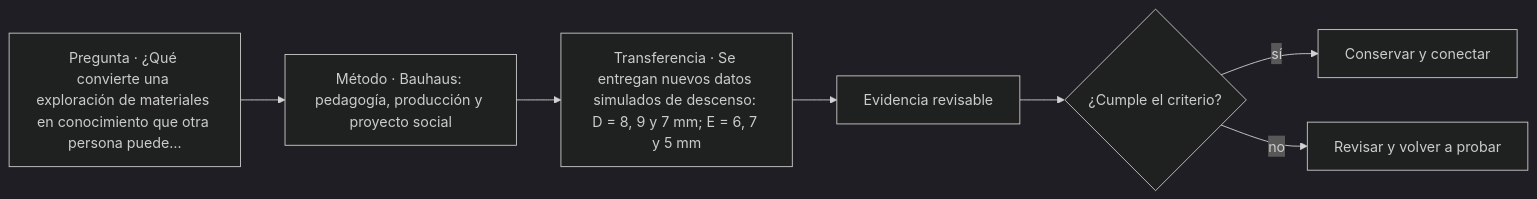
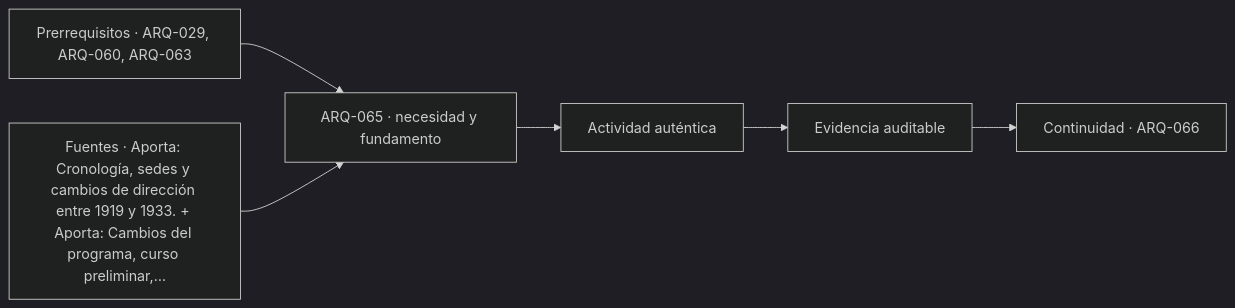
The diagram in classes/parte-07/ARQ-065.md (vladimiracunadev-create/architecture-built-environment-learning-program), drawn with Mermaid (dark theme) before and after one commit. The commit also changed other lines of this file and 761 other files, not shown here.

````diff
--- a/classes/parte-07/ARQ-065.md
+++ b/classes/parte-07/ARQ-065.md
@@ -149,9 +161,8 @@
 ```mermaid
 flowchart LR
-    Q["Pregunta · ¿Qué convierte una exploración de materiales en conocimiento que otra persona puede…"] --> M["Método · Bauhaus: pedagogía, producción y proyecto social"]
-    M --> P["Transferencia · Se entregan nuevos datos simulados de descenso: D = 8, 9 y 7 mm; E = 6, 7 y 5 mm"]
-    P --> E["Evidencia revisable"]
-    E --> C{"¿Cumple el criterio?"}
-    C -->|sí| T["Conservar y conectar"]
-    C -->|no| R["Revisar y volver a probar"]
+    A["Prerrequisitos · ARQ-029, ARQ-060, ARQ-063"] --> B["ARQ-065 · necesidad y fundamento"]
+    S["Fuentes · Aporta: Cronología, sedes y cambios de dirección entre 1919 y 1933. + Aporta: Cambios del programa, curso preliminar,…"] --> B
+    B --> C["Actividad auténtica"]
+    C --> D["Evidencia auditable"]
+    D --> E["Continuidad · ARQ-066"]
 ```
````
